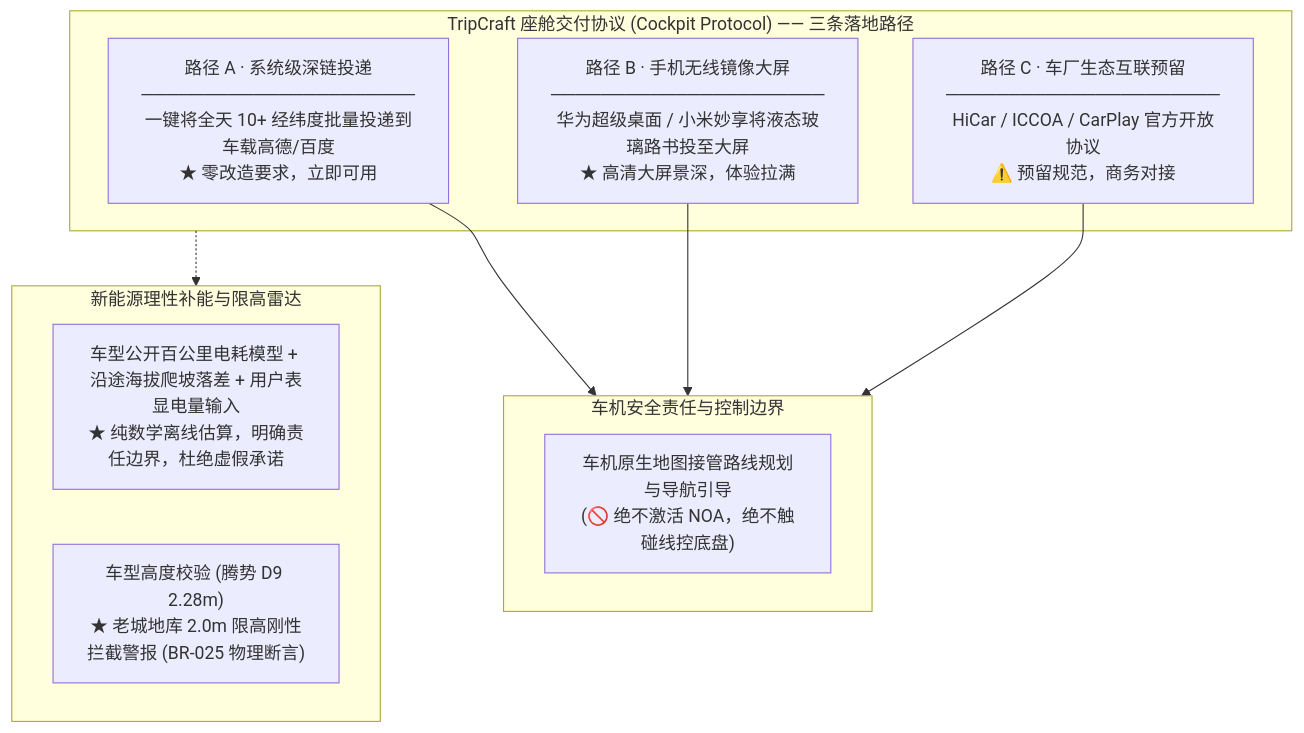
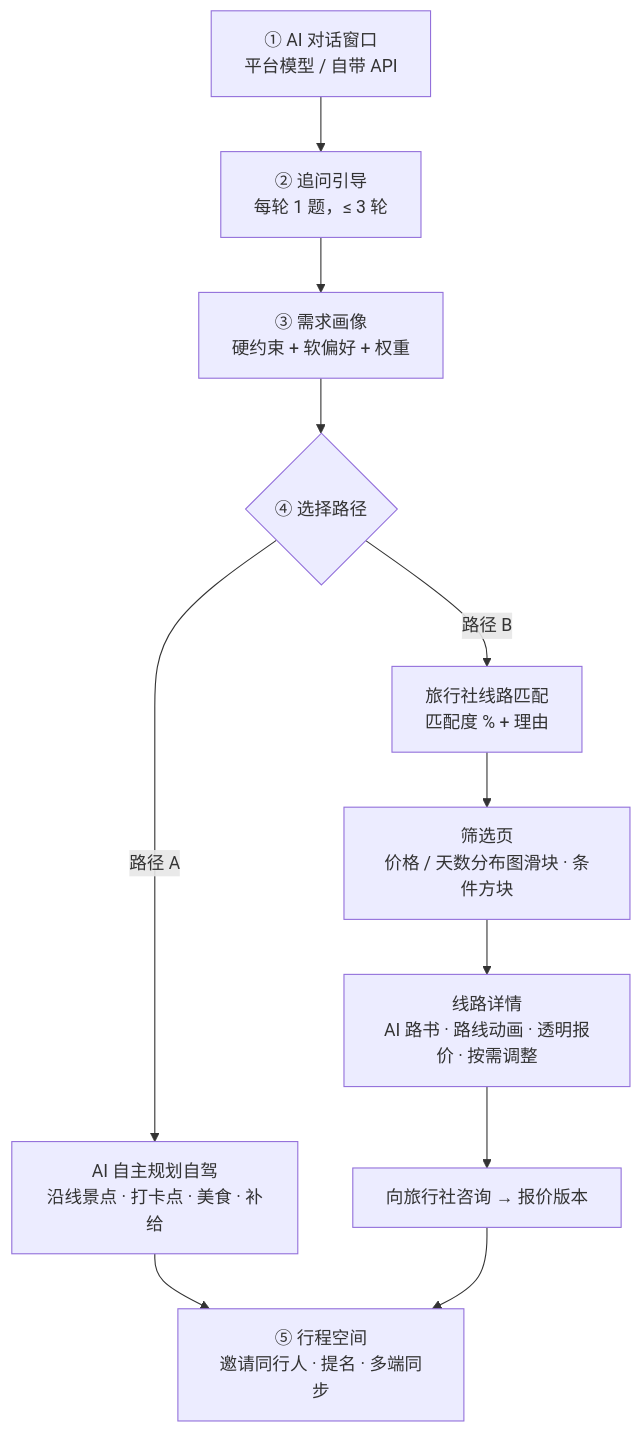
Before and after one commit to JohnMaxwell0123/TripCraft: the first of 3 diagrams in README.md, drawn with Mermaid. The commit also changed other lines of this file and 55 other files, not shown here.

````diff
--- a/README.md
+++ b/README.md
@@ -225,20 +49,13 @@
 ```mermaid
 flowchart TB
-    subgraph CockpitDelivery["TripCraft 座舱交付协议 (Cockpit Protocol) —— 三条落地路径"]
-        PA["路径 A · 系统级深链投递<br/>──────────────────────<br/>一键将全天 10+ 经纬度批量投递到车载高德/百度<br/>★ 零改造要求，立即可用"]
-        PB["路径 B · 手机无线镜像大屏<br/>──────────────────────<br/>华为超级桌面 / 小米妙享将液态玻璃路书投至大屏<br/>★ 高清大屏景深，体验拉满"]
-        PC["路径 C · 车厂生态互联预留<br/>──────────────────────<br/>HiCar / ICCOA / CarPlay 官方开放协议<br/>⚠️ 预留规范，商务对接"]
-    end
-
-    subgraph Handover["车机安全责任与控制边界"]
-        AUTO["车机原生地图接管路线规划与导航引导<br/>(🚫 绝不激活 NOA，绝不触碰线控底盘)"]
-    end
-
-    subgraph Radar["新能源理性补能与限高雷达"]
-        ENERGY["车型公开百公里电耗模型 + 沿途海拔爬坡落差 + 用户表显电量输入<br/>★ 纯数学离线估算，明确责任边界，杜绝虚假承诺"]
-        CLEARANCE["车型高度校验 (腾势 D9 2.28m)<br/>★ 老城地库 2.0m 限高刚性拦截警报 (BR-025 物理断言)"]
-    end
-
-    PA & PB & PC --> Handover
-    CockpitDelivery -.-> Radar
+    IN["① AI 对话窗口<br/>平台模型 / 自带 API"] --> ASK["② 追问引导<br/>每轮 1 题，≤ 3 轮"]
+    ASK --> PROFILE["③ 需求画像<br/>硬约束 + 软偏好 + 权重"]
+    PROFILE --> PICK{"④ 选择路径"}
+    PICK -->|路径 A| PA["AI 自主规划自驾<br/>沿线景点 · 打卡点 · 美食 · 补给"]
+    PICK -->|路径 B| PB["旅行社线路匹配<br/>匹配度 % + 理由"]
+    PB --> FILTER["筛选页<br/>价格 / 天数分布图滑块 · 条件方块"]
+    FILTER --> DETAIL["线路详情<br/>AI 路书 · 路线动画 · 透明报价 · 按需调整"]
+    DETAIL --> ASKAG["向旅行社咨询 → 报价版本"]
+    PA --> SPACE["⑤ 行程空间<br/>邀请同行人 · 提名 · 多端同步"]
+    ASKAG --> SPACE
 ```
````
